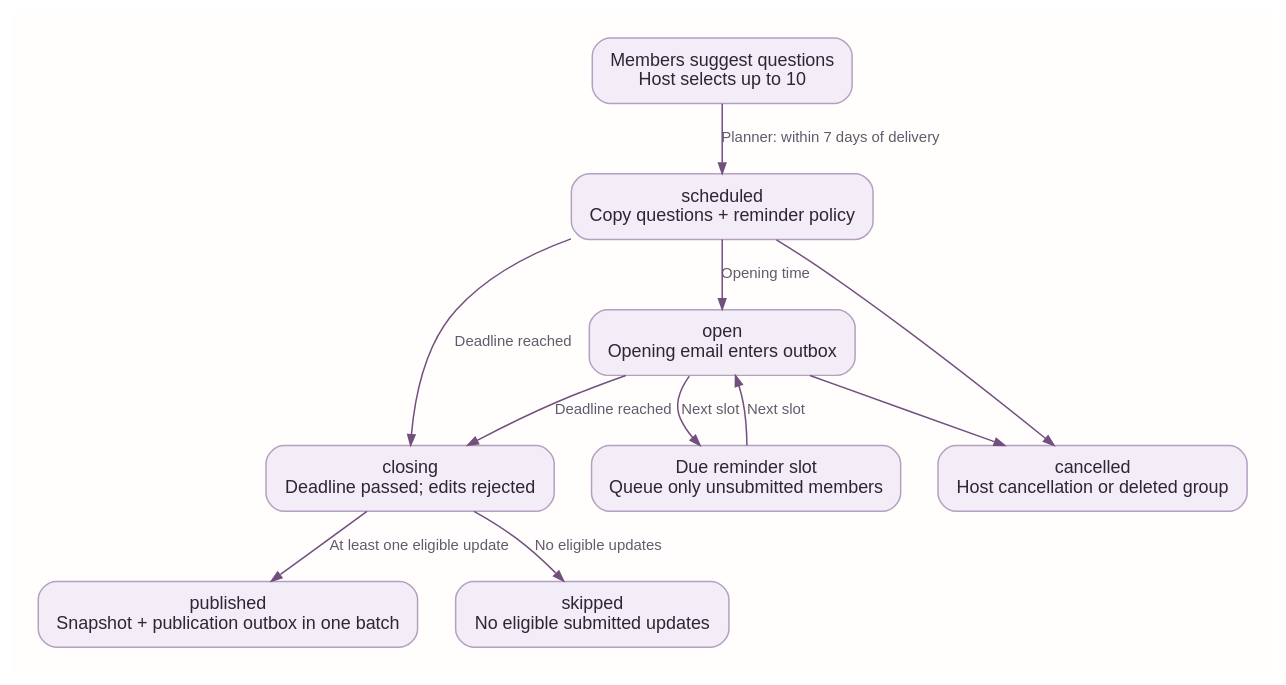
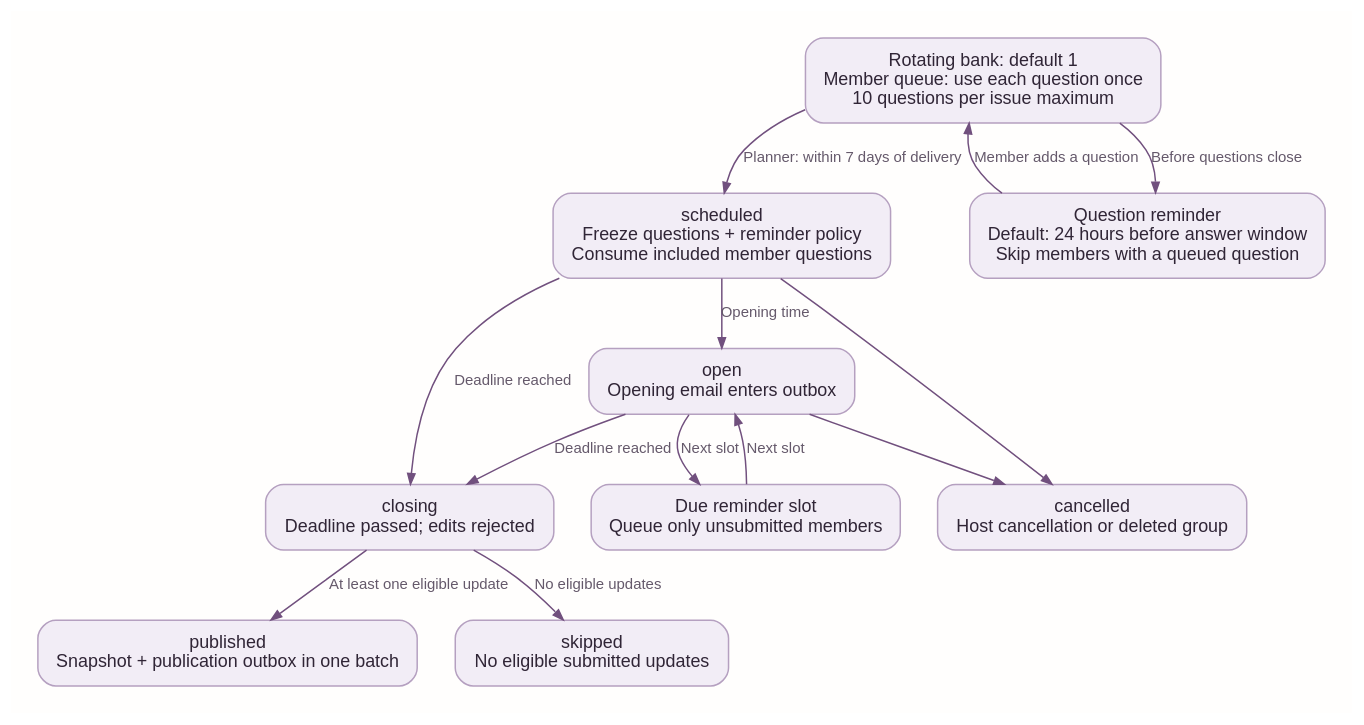
One commit to bassimeledath/betterloop changed the diagram in docs/architecture/issue.dot. Above: the diagram before and after it, drawn with Graphviz. The commit also changed 8 other files, not shown here.

Commit message:
Update architecture and diagrams for question cycles and reminder images

```diff
--- a/docs/architecture/issue.dot
+++ b/docs/architecture/issue.dot
@@ -1,31 +1,38 @@
 digraph architecture {
 graph [bgcolor="#fffefd",pad="0.25",nodesep="0.35",ranksep="0.5",fontname="Arial"];
 node [shape=box,style="rounded,filled",fillcolor="#f2edf6",color="#b5a0c0",fontname="Arial",fontsize=12,margin="0.16,0.12",fontcolor="#302536"];
 edge [fontname="Arial",fontsize=10,color="#71507e",fontcolor="#65596b",arrowsize=0.7];
 rankdir=TB;
- bank [label="Members suggest questions
-Host selects up to 10"];
+ bank [label="Rotating bank: default 1
+Member queue: use each question once
+10 questions per issue maximum"];
  scheduled [label="scheduled
-Copy questions + reminder policy"];
+Freeze questions + reminder policy
+Consume included member questions"];
  open [label="open
 Opening email enters outbox"];
  reminder [label="Due reminder slot
 Queue only unsubmitted members"];
  closing [label="closing
 Deadline passed; edits rejected"];
  published [label="published
 Snapshot + publication outbox in one batch"];
  skipped [label="skipped
 No eligible submitted updates"];
  cancelled [label="cancelled
 Host cancellation or deleted group"];
+ questions [label="Question reminder
+Default: 24 hours before answer window
+Skip members with a queued question"];
+ bank -> questions [label="Before questions close"];
+ questions -> bank [label="Member adds a question"];
  bank -> scheduled [label="Planner: within 7 days of delivery"];
  scheduled -> open [label="Opening time"];
  open -> reminder -> open [label="Next slot"];
  scheduled -> closing [label="Deadline reached"];
  open -> closing [label="Deadline reached"];
  closing -> published [label="At least one eligible update"];
  closing -> skipped [label="No eligible updates"];
  scheduled -> cancelled; open -> cancelled;
  
 }
```
